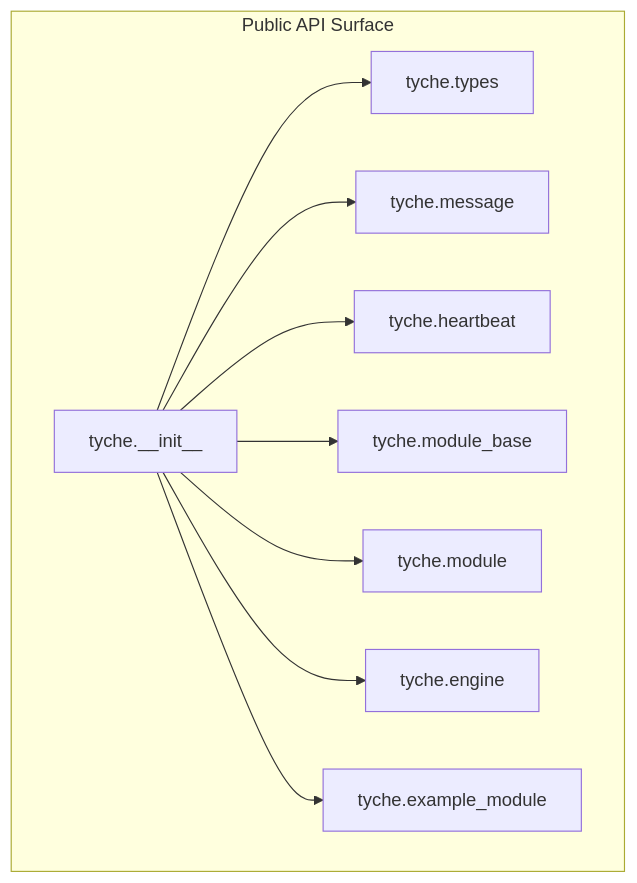
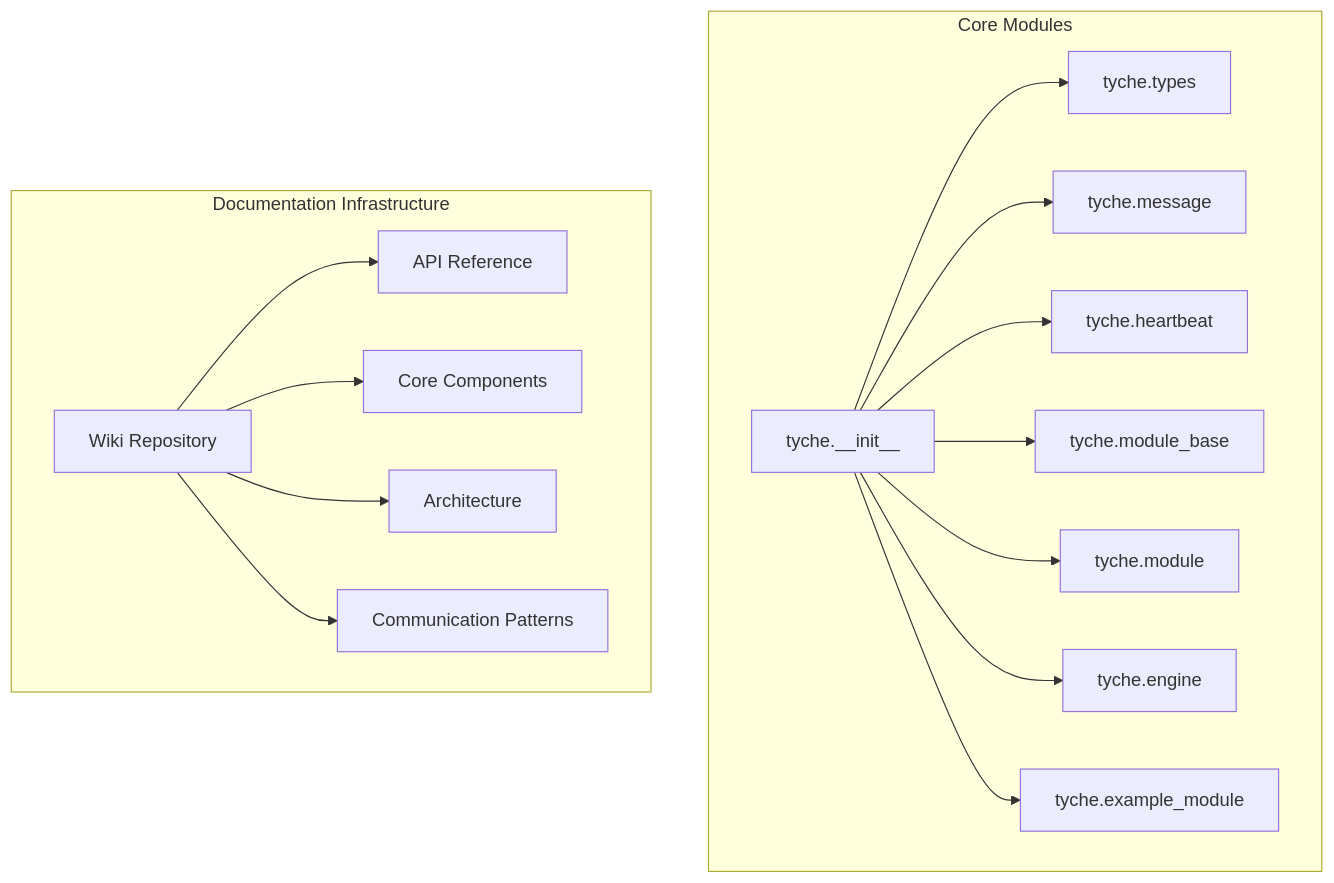
The second of 4 diagrams in .qoder/repowiki/en/content/API Reference/API Reference.md (zt281/TycheEngine), drawn with Mermaid before and after one commit. The commit also changed other lines of this file and 4 other files, not shown here.

````diff
--- a/.qoder/repowiki/en/content/API Reference/API Reference.md
+++ b/.qoder/repowiki/en/content/API Reference/API Reference.md
@@ -44,20 +102,31 @@
 ```mermaid
 graph TB
-subgraph "Public API Surface"
+subgraph "Core Modules"
 INIT["tyche.__init__"]
 TYPES["tyche.types"]
 MSG["tyche.message"]
 HB["tyche.heartbeat"]
 MODBASE["tyche.module_base"]
 MOD["tyche.module"]
 ENG["tyche.engine"]
 EX["tyche.example_module"]
 end
+subgraph "Documentation Infrastructure"
+WIKI["Wiki Repository"]
+APIREF["API Reference"]
+CORECOMP["Core Components"]
+ARCH["Architecture"]
+COMM["Communication Patterns"]
+end
 INIT --> TYPES
 INIT --> MSG
 INIT --> HB
 INIT --> MODBASE
 INIT --> MOD
 INIT --> ENG
 INIT --> EX
+WIKI --> APIREF
+WIKI --> CORECOMP
+WIKI --> ARCH
+WIKI --> COMM
 ```
````
